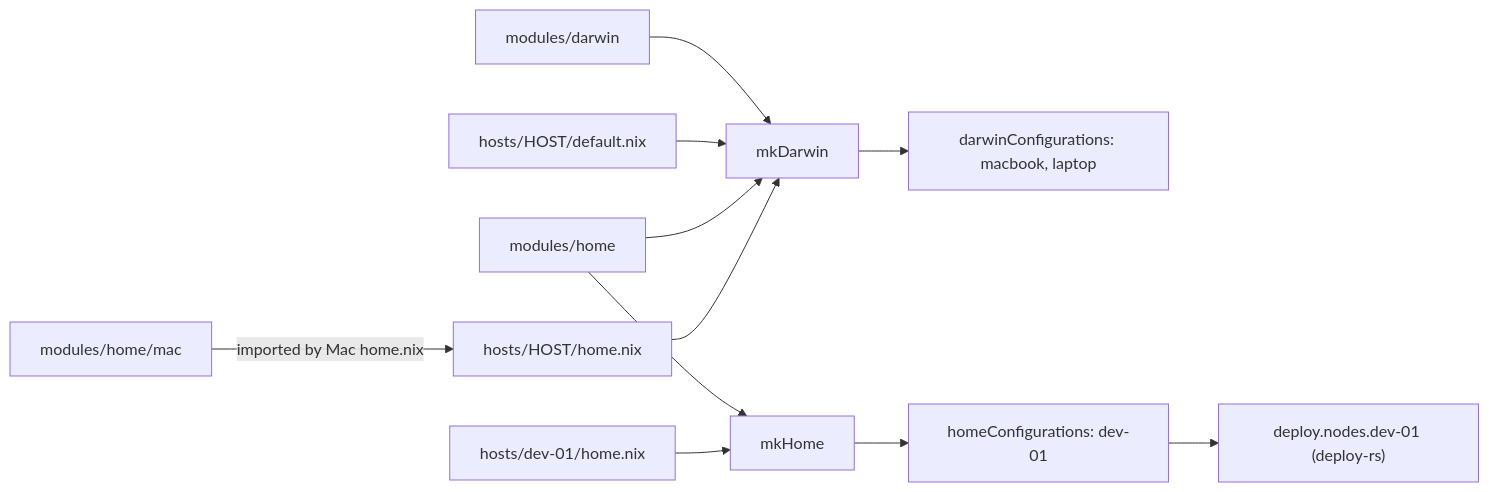
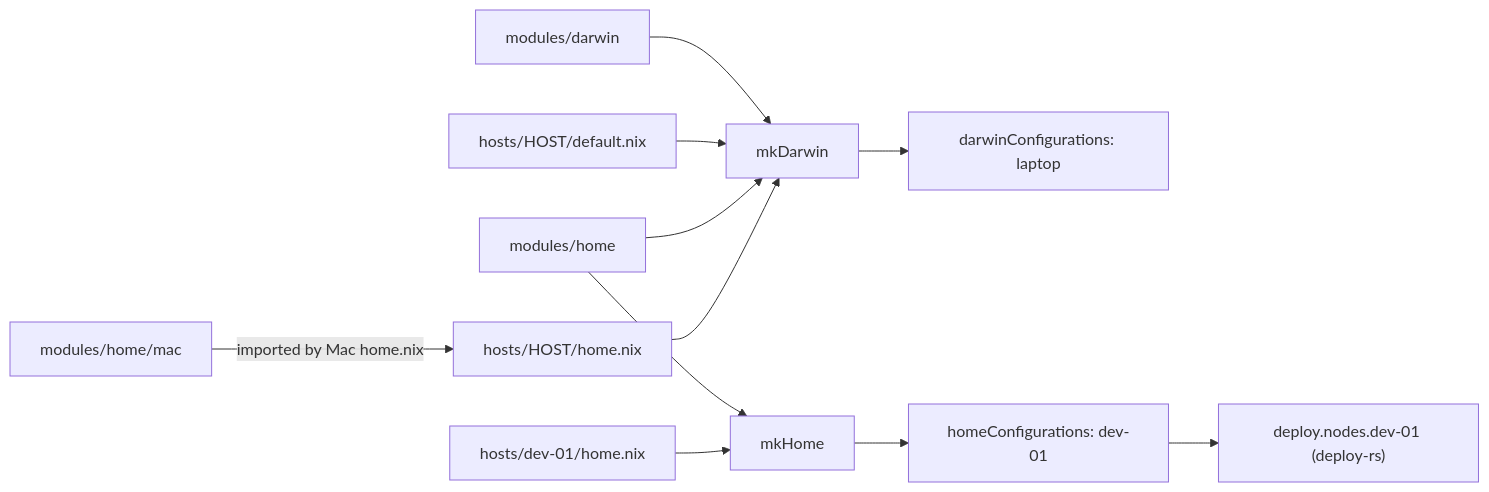
The first of 3 diagrams in README.md (mich-murphy/nix-config), drawn with Mermaid before and after one commit. The commit also changed other lines of this file and 6 other files, not shown here.

````diff
--- a/README.md
+++ b/README.md
@@ -66,13 +65,13 @@
 ```mermaid
 flowchart LR
   MD["modules/darwin"] --> MKD["mkDarwin"]
   HD["hosts/HOST/default.nix"] --> MKD
   MH["modules/home"] --> MKD
   MH --> MKH["mkHome"]
   HH["hosts/HOST/home.nix"] --> MKD
   MAC["modules/home/mac"] -->|"imported by Mac home.nix"| HH
   DH["hosts/dev-01/home.nix"] --> MKH
-  MKD --> DC["darwinConfigurations: macbook, laptop"]
+  MKD --> DC["darwinConfigurations: laptop"]
   MKH --> HC["homeConfigurations: dev-01"]
   HC --> DR["deploy.nodes.dev-01 (deploy-rs)"]
 ```
````
